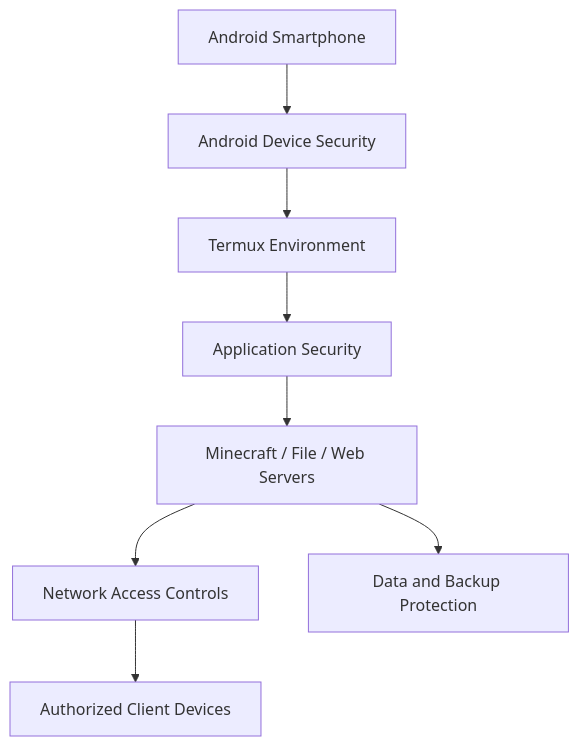
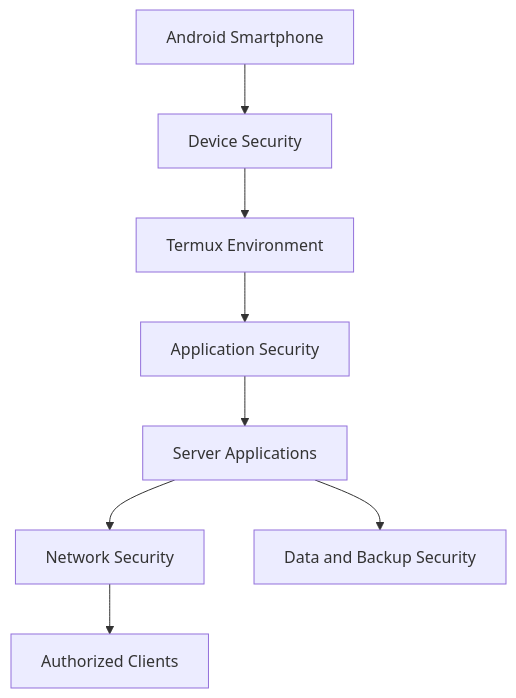
Before and after one commit to TarunES98800/Android-Homelab: the diagram in docs/security.md, drawn with Mermaid. The commit also changed other lines of this file, not shown here.

Commit message:
Consolidate complete security guide at canonical docs path

````diff
--- a/docs/security.md
+++ b/docs/security.md
@@ -42,10 +34,10 @@
 ```mermaid
 flowchart TD
-    A["Android Smartphone"] --> B["Android Device Security"]
+    A["Android Smartphone"] --> B["Device Security"]
     B --> C["Termux Environment"]
     C --> D["Application Security"]
-    D --> E["Minecraft / File / Web Servers"]
-    E --> F["Network Access Controls"]
-    E --> G["Data and Backup Protection"]
-    F --> H["Authorized Client Devices"]
+    D --> E["Server Applications"]
+    E --> F["Network Security"]
+    F --> G["Authorized Clients"]
+    E --> H["Data and Backup Security"]
 ```
````
